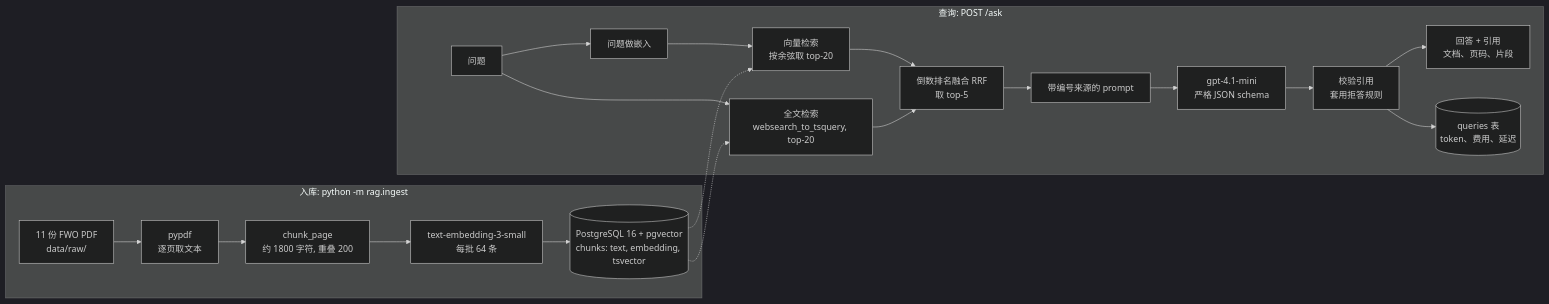
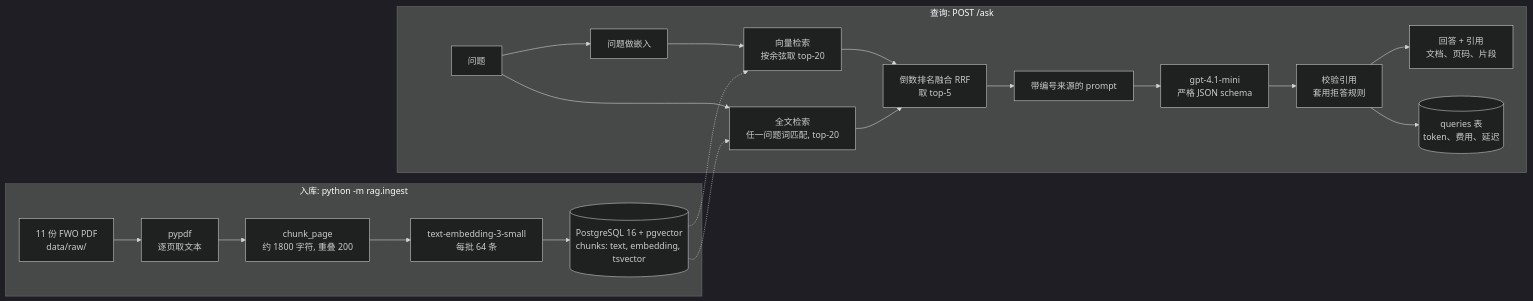
The diagram in README_CN.md (SamWang9803/au-workplace-assistant), drawn with Mermaid (dark theme) before and after one commit. The commit also changed other lines of this file and 6 other files, not shown here.

````diff
--- a/README_CN.md
+++ b/README_CN.md
@@ -62,23 +104,23 @@
 ```mermaid
 flowchart LR
   subgraph Ingest["入库: python -m rag.ingest"]
     PDF["11 份 FWO PDF<br/>data/raw/"] --> PP["pypdf<br/>逐页取文本"]
     PP --> CH["chunk_page<br/>约 1800 字符, 重叠 200"]
     CH --> EM1["text-embedding-3-small<br/>每批 64 条"]
     EM1 --> DB[("PostgreSQL 16 + pgvector<br/>chunks: text, embedding, tsvector")]
   end
   subgraph Query["查询: POST /ask"]
     Q["问题"] --> EM2["问题做嵌入"]
     EM2 --> VS["向量检索<br/>按余弦取 top-20"]
-    Q --> TS["全文检索<br/>websearch_to_tsquery, top-20"]
+    Q --> TS["全文检索<br/>任一问题词匹配, top-20"]
     VS --> RRF["倒数排名融合 RRF<br/>取 top-5"]
     TS --> RRF
     RRF --> PR["带编号来源的 prompt"]
     PR --> LLM["gpt-4.1-mini<br/>严格 JSON schema"]
     LLM --> VAL["校验引用<br/>套用拒答规则"]
     VAL --> A["回答 + 引用<br/>文档、页码、片段"]
     VAL --> LOG[("queries 表<br/>token、费用、延迟")]
   end
   DB -.-> VS
   DB -.-> TS
 ```
````
